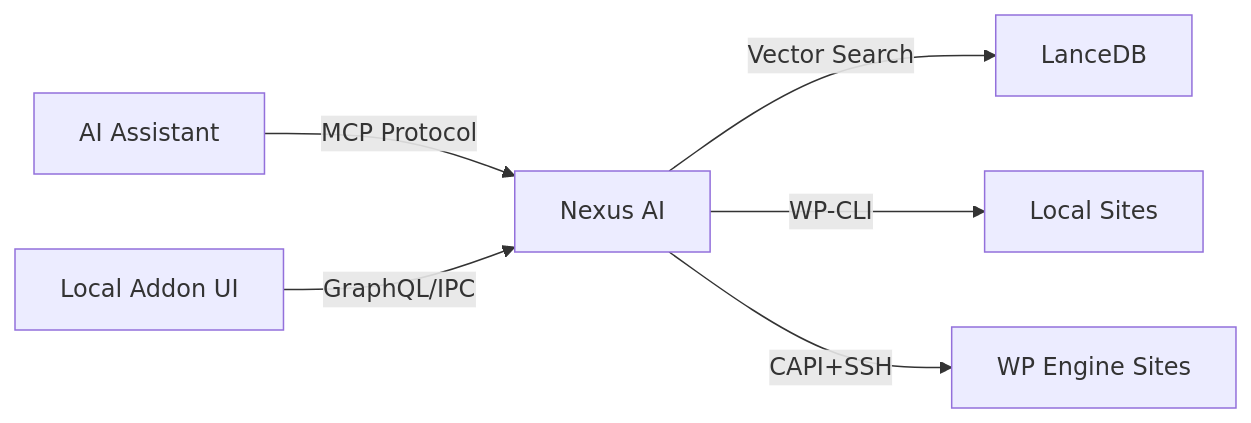
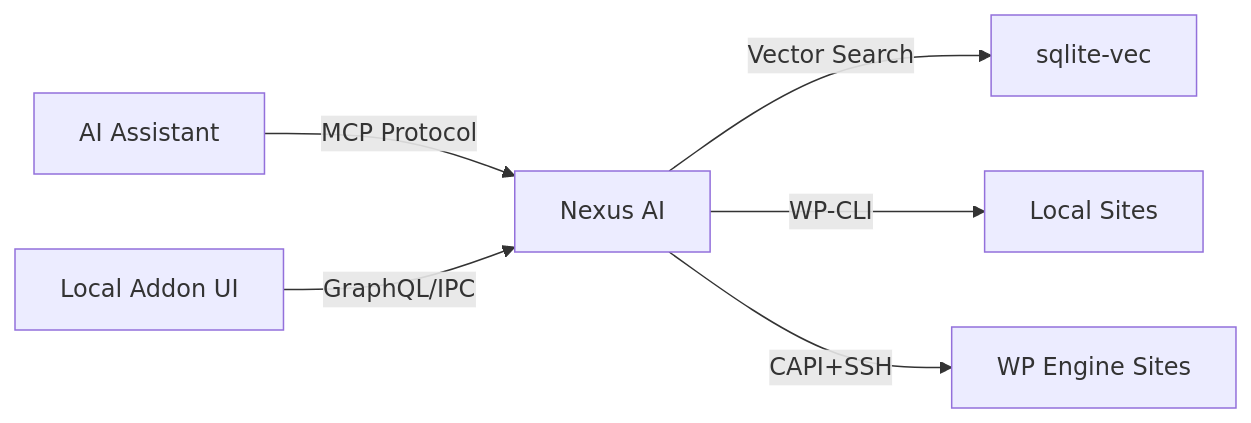
One commit to jpollock/local-addon-nexus-ai changed the first of 3 diagrams in docs-site/docs/index.md. Above: the diagram before and after it, drawn with Mermaid. The commit also changed other lines of this file and 37 other files, not shown here.

First line of the commit message:
docs(site): the truth sweep — sqlite-vec everywhere, real counts, real tabs, ui-quick-start rewritten

````diff
--- a/docs-site/docs/index.md
+++ b/docs-site/docs/index.md
@@ -70,8 +70,8 @@
 ```mermaid
 graph LR
     A[AI Assistant] -->|MCP Protocol| B[Nexus AI]
     C[Local Addon UI] -->|GraphQL/IPC| B
-    B -->|Vector Search| D[LanceDB]
+    B -->|Vector Search| D[sqlite-vec]
     B -->|WP-CLI| E[Local Sites]
     B -->|CAPI+SSH| F[WP Engine Sites]
 ```
````
